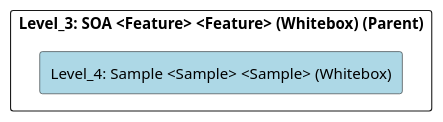
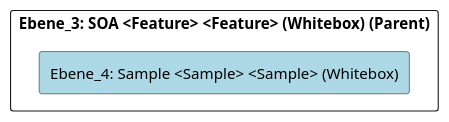
Before and after one commit to marcozwyssig/cleon: the diagram in doc/cleonproject_deliverables_architecture_model_architecture/adoc/de/05_bausteinsicht/cleon/architecture_styles_and_patterns/soa/sample/ebene_4_sample.adoc, drawn with PlantUML. The commit also changed other lines of this file and 214 other files, not shown here.

```diff
--- a/doc/cleonproject_deliverables_architecture_model_architecture/adoc/de/05_bausteinsicht/cleon/architecture_styles_and_patterns/soa/sample/ebene_4_sample.adoc
+++ b/doc/cleonproject_deliverables_architecture_model_architecture/adoc/de/05_bausteinsicht/cleon/architecture_styles_and_patterns/soa/sample/ebene_4_sample.adoc
@@ -20,24 +20,24 @@
-[plantuml, Level_4: Sample <Sample> <Sample> (Whitebox)BlockOverview, format="svg"]
+[plantuml, Ebene_4: Sample <Sample> <Sample> (Whitebox)BlockOverview, format="svg"]
 ----
-@startuml Level_4: Sample <Sample> <Sample> (Whitebox)BuildingBlockOverview
+@startuml Ebene_4: Sample <Sample> <Sample> (Whitebox)BuildingBlockOverview
 
 skinparam ranksep 10
 skinparam componentStyle rectangle
 skinparam shadowing false
 skinparam arrowColor lightblue
 skinparam arrowThickness 1.2
 skinparam rectangle {
   BackgroundColor White
   BorderColor #333
   RoundCorner 10
 }
 top to bottom direction
 
-component "Level_3: SOA <Feature> <Feature> (Whitebox) (Parent)" {
-    component "Level_4: Sample <Sample> <Sample> (Whitebox)" #lightblue {
+component "Ebene_3: SOA <Feature> <Feature> (Whitebox) (Parent)" {
+    component "Ebene_4: Sample <Sample> <Sample> (Whitebox)" #lightblue {
     }
 
 }
 
 @enduml
 ----
```
